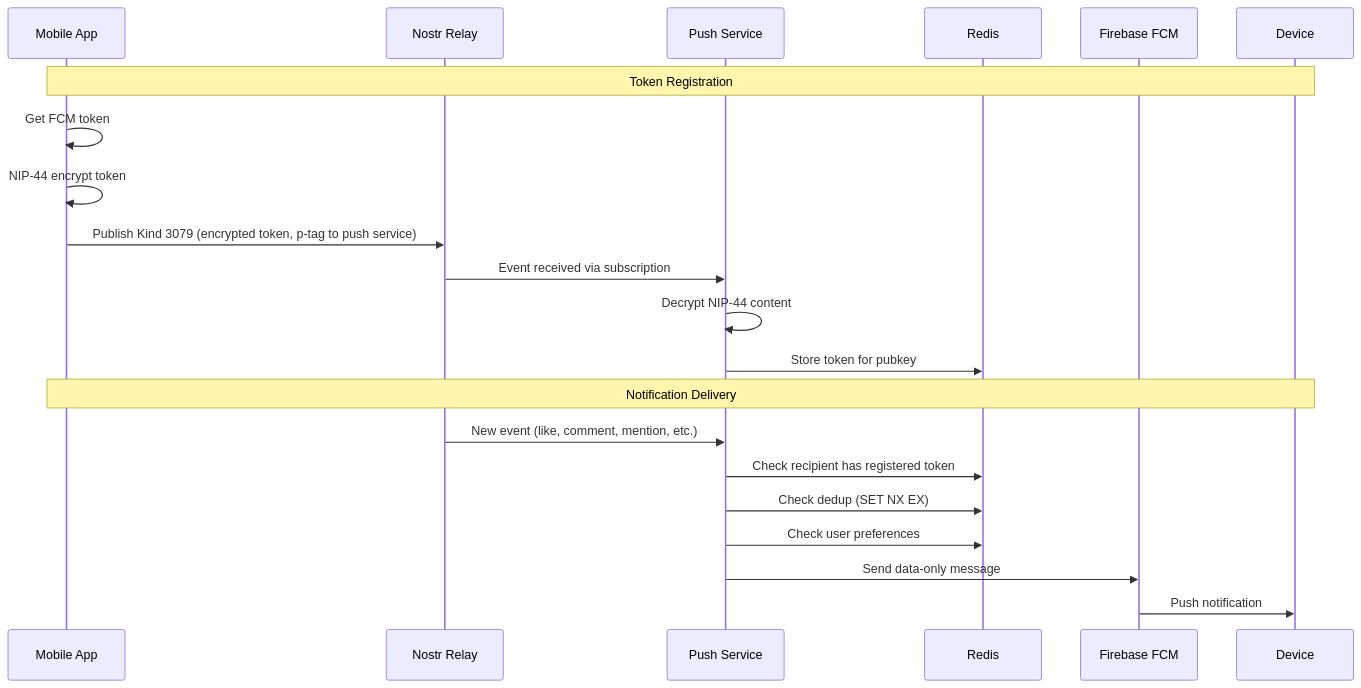
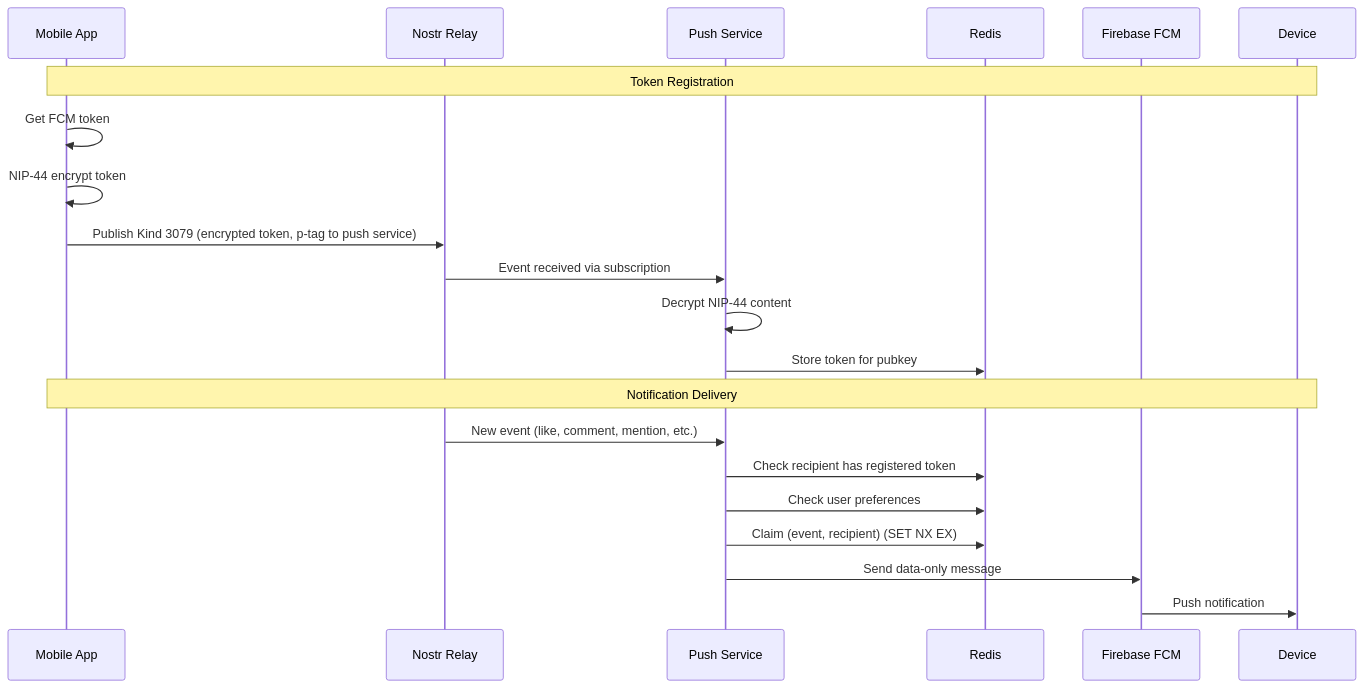
Before and after one commit to divinevideo/divine-push-service: the diagram in docs/developer-guide.md, drawn with Mermaid. The commit also changed other lines of this file and 14 other files, not shown here.

First line of the commit message:
fix(push): make recipient delivery retry-safe and fan-out durable (#52)

````diff
--- a/docs/developer-guide.md
+++ b/docs/developer-guide.md
@@ -7,25 +7,25 @@
 ```mermaid
 sequenceDiagram
     participant App as Mobile App
     participant Relay as Nostr Relay
     participant Push as Push Service
     participant Redis
     participant FCM as Firebase FCM
     participant Device
 
     Note over App,Device: Token Registration
     App->>App: Get FCM token
     App->>App: NIP-44 encrypt token
     App->>Relay: Publish Kind 3079 (encrypted token, p-tag to push service)
     Relay->>Push: Event received via subscription
     Push->>Push: Decrypt NIP-44 content
     Push->>Redis: Store token for pubkey
 
     Note over App,Device: Notification Delivery
     Relay->>Push: New event (like, comment, mention, etc.)
     Push->>Redis: Check recipient has registered token
-    Push->>Redis: Check dedup (SET NX EX)
     Push->>Redis: Check user preferences
+    Push->>Redis: Claim (event, recipient) (SET NX EX)
     Push->>FCM: Send data-only message
     FCM->>Device: Push notification
 ```
````
